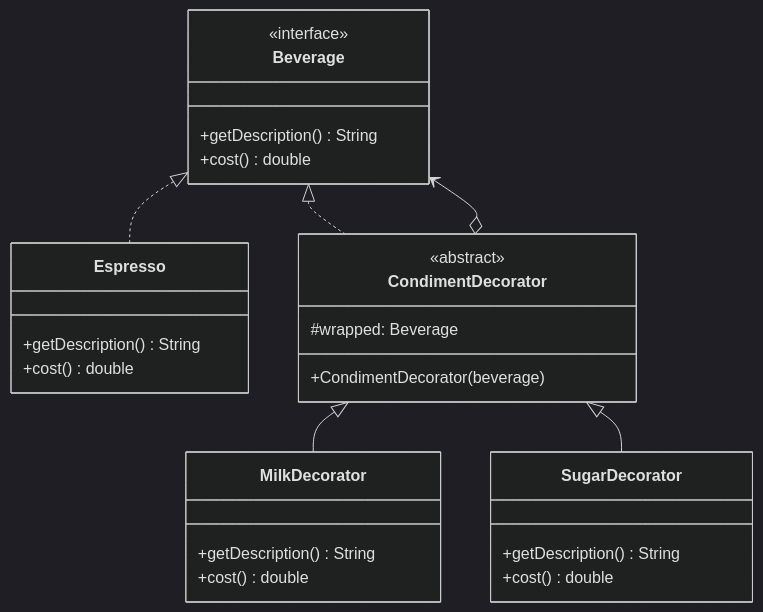
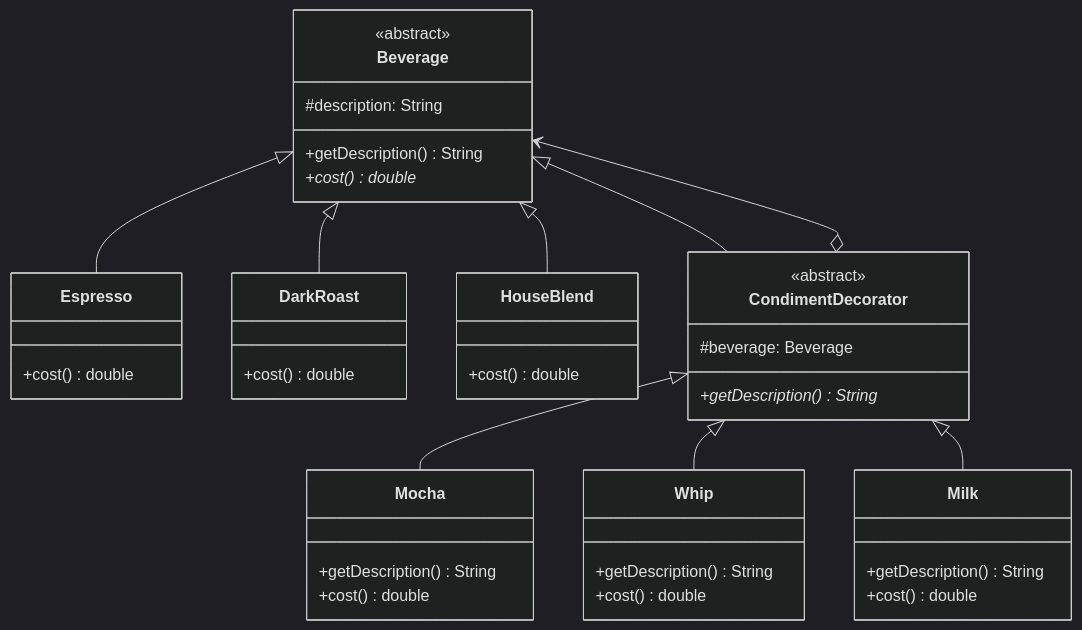
Before and after one commit to luguosong/programming-notes: the diagram in docs/topic/design-patterns/structural-patterns/decorator/index.md, drawn with Mermaid (dark theme). The commit also changed other lines of this file and 24 other files, not shown here.

````diff
--- a/docs/topic/design-patterns/structural-patterns/decorator/index.md
+++ b/docs/topic/design-patterns/structural-patterns/decorator/index.md
@@ -21,30 +29,43 @@
 ```mermaid
 classDiagram
     class Beverage {
-        <<interface>>
+        <<abstract>>
+        #description: String
         +getDescription() String
+        +cost() double*
+    }
+    class Espresso {
         +cost() double
     }
-    class Espresso {
-        +getDescription() String
+    class DarkRoast {
+        +cost() double
+    }
+    class HouseBlend {
         +cost() double
     }
     class CondimentDecorator {
         <<abstract>>
-        #wrapped: Beverage
-        +CondimentDecorator(beverage)
+        #beverage: Beverage
+        +getDescription() String*
     }
-    class MilkDecorator {
+    class Mocha {
         +getDescription() String
         +cost() double
     }
-    class SugarDecorator {
+    class Whip {
         +getDescription() String
         +cost() double
     }
-    Beverage <|.. Espresso
-    Beverage <|.. CondimentDecorator
+    class Milk {
+        +getDescription() String
+        +cost() double
+    }
+    Beverage <|-- Espresso
+    Beverage <|-- DarkRoast
+    Beverage <|-- HouseBlend
+    Beverage <|-- CondimentDecorator
     CondimentDecorator o--> Beverage
-    CondimentDecorator <|-- MilkDecorator
-    CondimentDecorator <|-- SugarDecorator
+    CondimentDecorator <|-- Mocha
+    CondimentDecorator <|-- Whip
+    CondimentDecorator <|-- Milk
 ```
````
